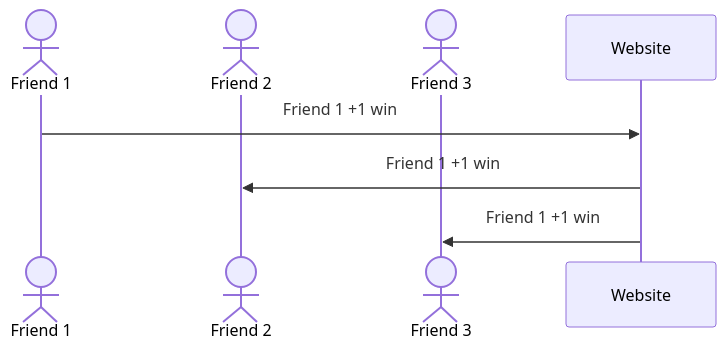
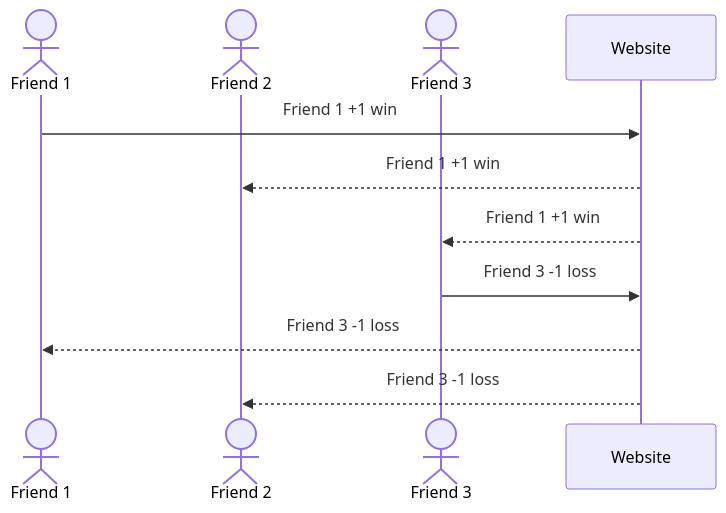
Before and after one commit to LautyZ05/startup: the diagram in README.md, drawn with Mermaid.

````diff
--- a/README.md
+++ b/README.md
@@ -40,9 +40,12 @@
 ```mermaid
 sequenceDiagram
     actor Friend 1
     actor Friend 2
     actor Friend 3
     Friend 1->>Website: Friend 1 +1 win
-    Website->>Friend 2: Friend 1 +1 win
-    Website->>Friend 3: Friend 1 +1 win
+    Website-->>Friend 2: Friend 1 +1 win
+    Website-->>Friend 3: Friend 1 +1 win
+    Friend 3->>Website: Friend 3 -1 loss
+    Website-->>Friend 1: Friend 3 -1 loss
+    Website-->>Friend 2: Friend 3 -1 loss
 ```
````
